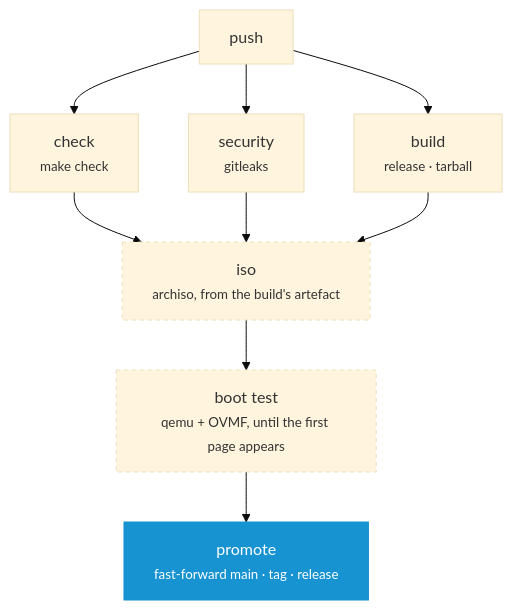
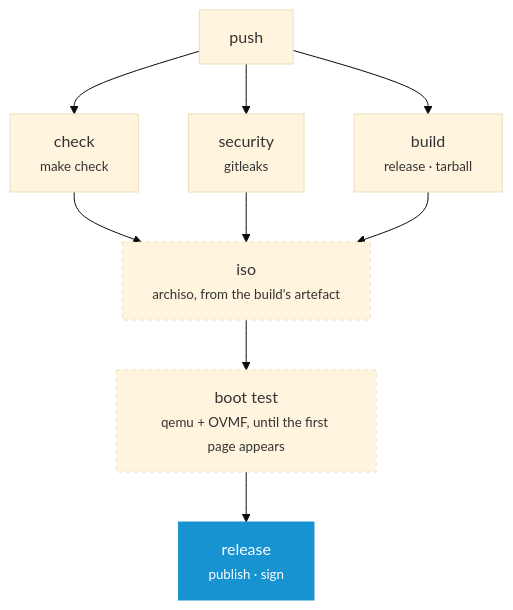
Before and after one commit to murkl/arch-os: the second of 2 diagrams in docs/CONTRIBUTING.md, drawn with Mermaid (base theme). The commit also changed other lines of this file and 9 other files, not shown here.

Commit message:
Refactor: Release from tags on main and drop the dev branch

````diff
--- a/docs/CONTRIBUTING.md
+++ b/docs/CONTRIBUTING.md
@@ -31,15 +51,15 @@
 ```mermaid
 flowchart TD
     P["push"] --> C["check<br/><small>make check</small>"]
     P --> S["security<br/><small>gitleaks</small>"]
     P --> B["build<br/><small>release · tarball</small>"]
     C --> I
     S --> I
     B --> I["iso<br/><small>archiso, from the build's artefact</small>"]
     I --> K["boot test<br/><small>qemu + OVMF, until the first page appears</small>"]
-    K --> M["promote<br/><small>fast-forward main · tag · release</small>"]
+    K --> M["release<br/><small>publish · sign</small>"]
 
     style I stroke-dasharray: 4 4
     style K stroke-dasharray: 4 4
     style M fill:#1793d1,stroke:#1793d1,color:#fff
 ```
````
